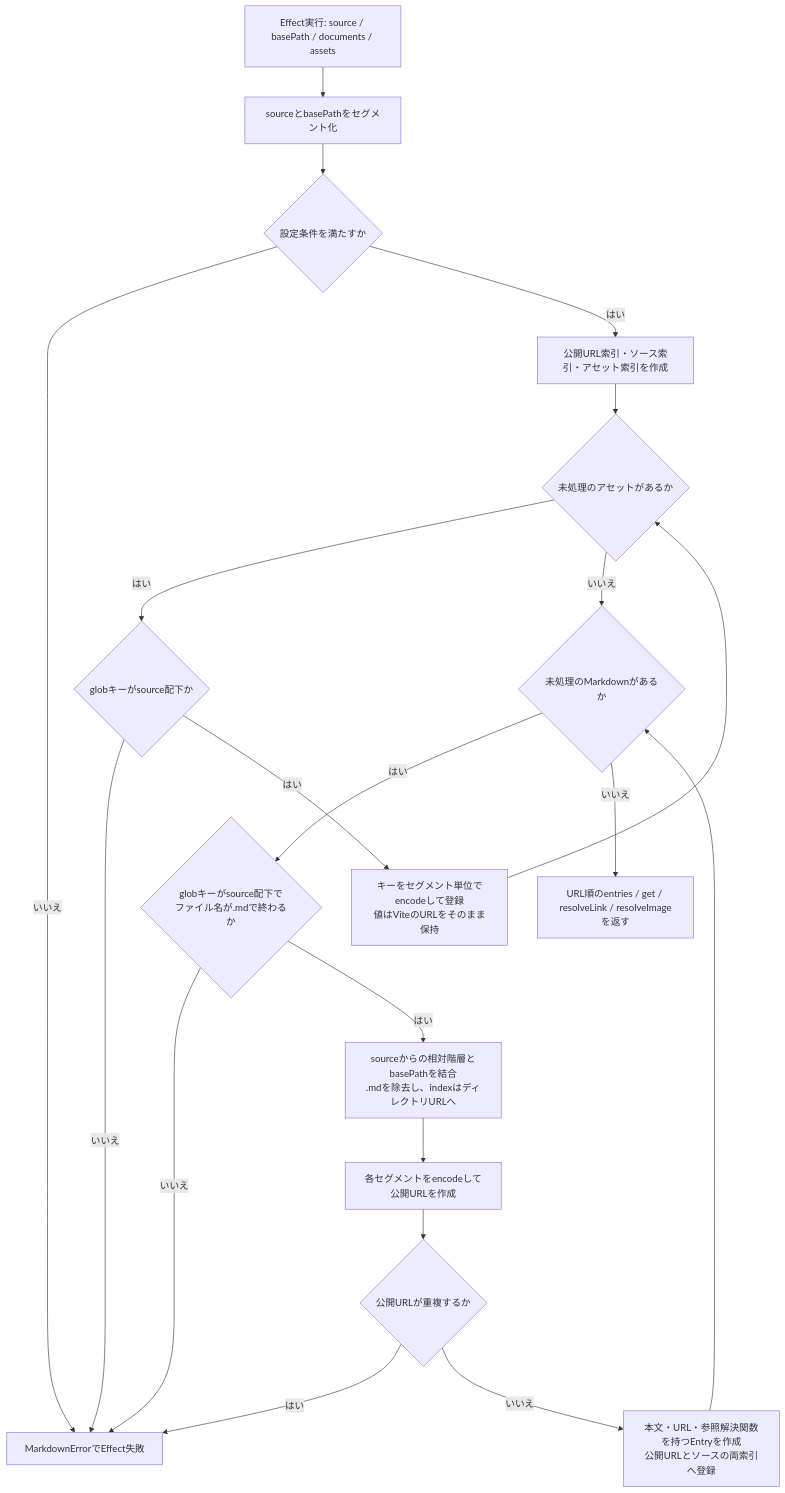
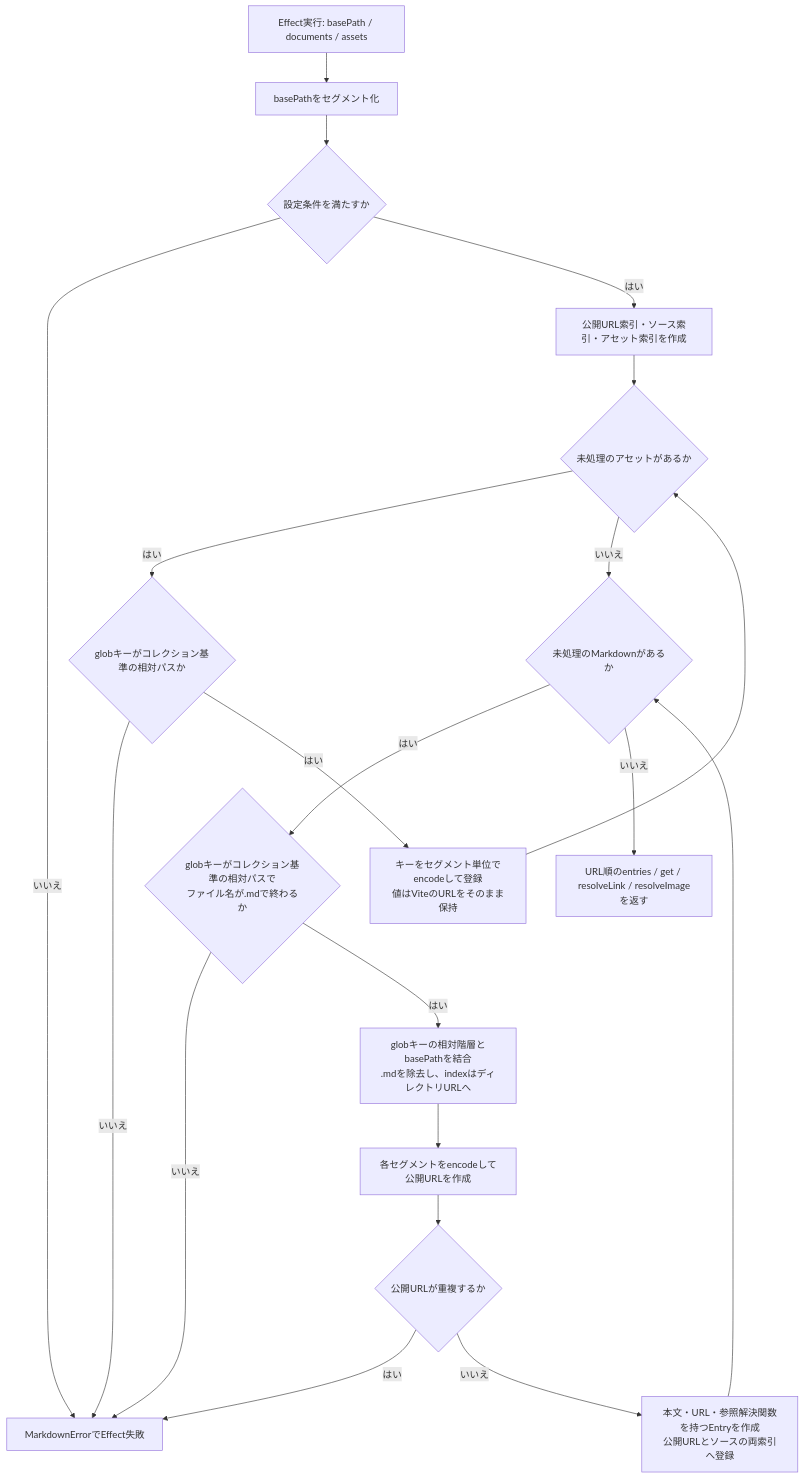
The first of 3 diagrams in docs/MARKDOWN.md (totto2727-org/effective-rsc), drawn with Mermaid before and after one commit. The commit also changed other lines of this file and 7 other files, not shown here.

````diff
--- a/docs/MARKDOWN.md
+++ b/docs/MARKDOWN.md
@@ -37,22 +39,22 @@
 ```mermaid
 flowchart TD
-    A["Effect実行: source / basePath / documents / assets"] --> B["sourceとbasePathをセグメント化"]
+    A["Effect実行: basePath / documents / assets"] --> B["basePathをセグメント化"]
     B --> C{"設定条件を満たすか"}
     C -->|いいえ| E["MarkdownErrorでEffect失敗"]
     C -->|はい| D["公開URL索引・ソース索引・アセット索引を作成"]
     D --> F{"未処理のアセットがあるか"}
-    F -->|はい| G{"globキーがsource配下か"}
+    F -->|はい| G{"globキーがコレクション基準の相対パスか"}
     G -->|いいえ| E
     G -->|はい| H["キーをセグメント単位でencodeして登録<br/>値はViteのURLをそのまま保持"]
     H --> F
     F -->|いいえ| I{"未処理のMarkdownがあるか"}
-    I -->|はい| J{"globキーがsource配下で<br/>ファイル名が.mdで終わるか"}
+    I -->|はい| J{"globキーがコレクション基準の相対パスで<br/>ファイル名が.mdで終わるか"}
     J -->|いいえ| E
-    J -->|はい| K["sourceからの相対階層とbasePathを結合<br/>.mdを除去し、indexはディレクトリURLへ"]
+    J -->|はい| K["globキーの相対階層とbasePathを結合<br/>.mdを除去し、indexはディレクトリURLへ"]
     K --> L["各セグメントをencodeして公開URLを作成"]
     L --> M{"公開URLが重複するか"}
     M -->|はい| E
     M -->|いいえ| N["本文・URL・参照解決関数を持つEntryを作成<br/>公開URLとソースの両索引へ登録"]
     N --> I
     I -->|いいえ| O["URL順のentries / get / resolveLink / resolveImageを返す"]
 ```
````
